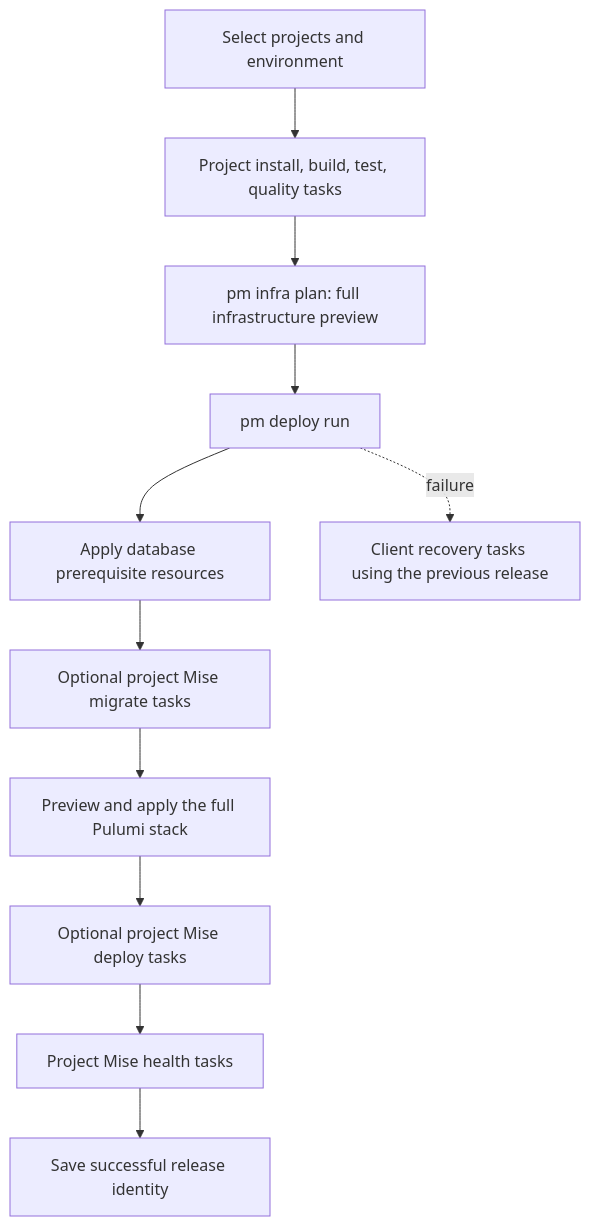
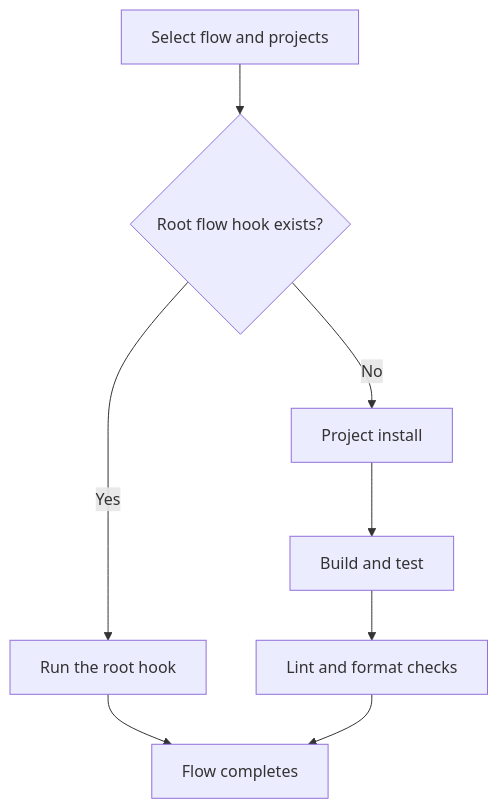
One commit to cloudvoyant/premise changed the second of 3 diagrams in docs/modules/ci.md. Above: the diagram before and after it, drawn with Mermaid. The commit also changed other lines of this file and 39 other files, not shown here.

````diff
--- a/docs/modules/ci.md
+++ b/docs/modules/ci.md
@@ -24,13 +32,10 @@
 ```mermaid
 flowchart TD
-    select[Select projects and environment] --> checks[Project install, build, test, quality tasks]
-    checks --> preview[pm infra plan: full infrastructure preview]
-    preview --> deploy[pm deploy run]
-    deploy --> database[Apply database prerequisite resources]
-    database --> migrate[Optional project Mise migrate tasks]
-    migrate --> update[Preview and apply the full Pulumi stack]
-    update --> hook[Optional project Mise deploy tasks]
-    hook --> health[Project Mise health tasks]
-    health --> record[Save successful release identity]
-    deploy -. failure .-> recovery[Client recovery tasks using the previous release]
+    select[Select flow and projects] --> root{Root flow hook exists?}
+    root -->|Yes| custom[Run the root hook]
+    root -->|No| install[Project install]
+    install --> build[Build and test]
+    build --> quality[Lint and format checks]
+    custom --> done[Flow completes]
+    quality --> done
 ```
````
